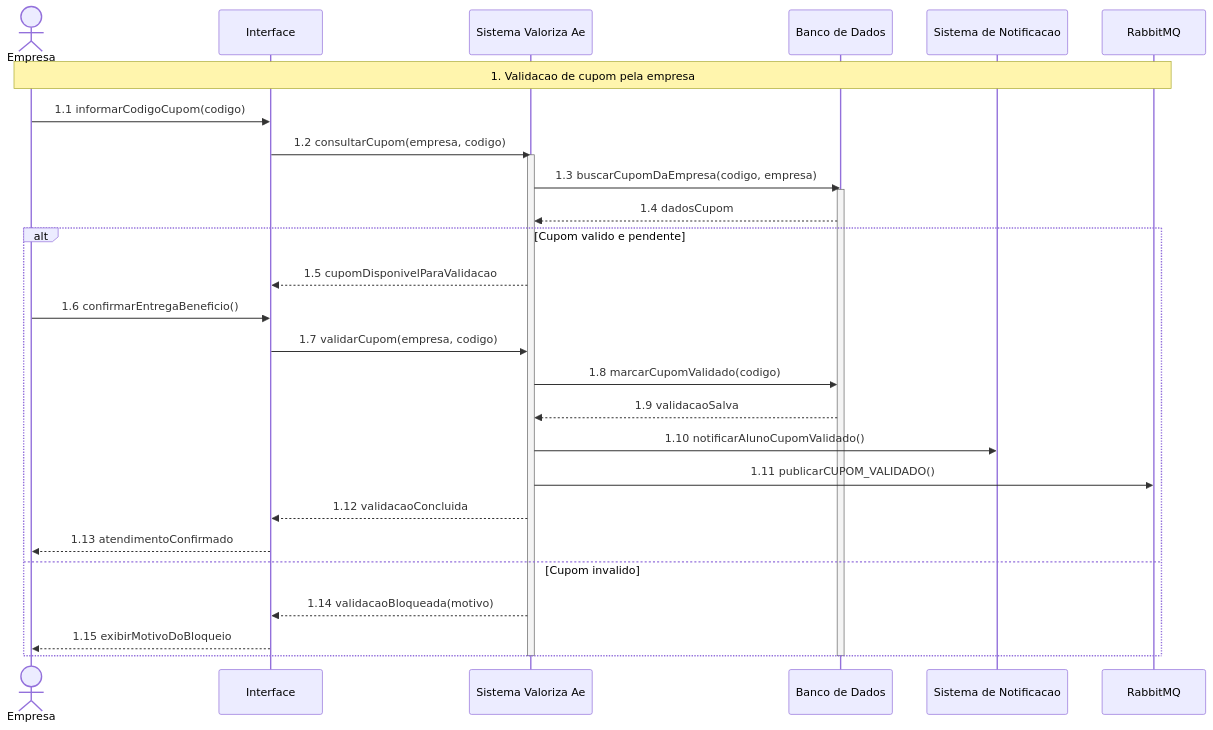
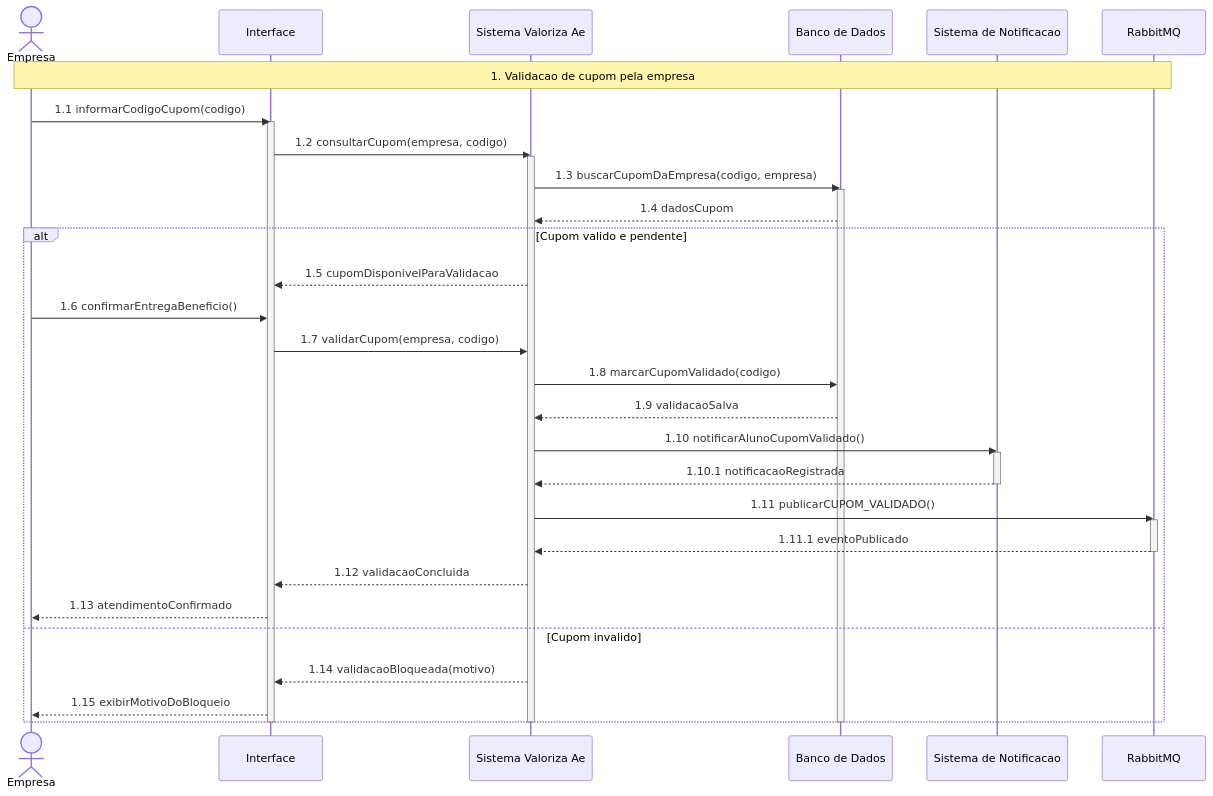
One commit to Pedroh26ES/Sistema-De-Moedas-Java changed the diagram in Artefatos/DiagramaDeSequencia/DiagramaDeSequencia-RF-09-validacao-cupom.md. Above: the diagram before and after it, drawn with Mermaid. The commit also changed 17 other files, not shown here.

````diff
--- a/Artefatos/DiagramaDeSequencia/DiagramaDeSequencia-RF-09-validacao-cupom.md
+++ b/Artefatos/DiagramaDeSequencia/DiagramaDeSequencia-RF-09-validacao-cupom.md
@@ -9,33 +9,41 @@
 ```mermaid
 sequenceDiagram
     actor Empresa
     participant Interface
     participant Sistema as Sistema Valoriza Ae
     participant DB as Banco de Dados
     participant Notificacao as Sistema de Notificacao
     participant Fila as RabbitMQ
 
     Note over Empresa,Fila: 1. Validacao de cupom pela empresa
     Empresa->>Interface: 1.1 informarCodigoCupom(codigo)
+    activate Interface
     Interface->>Sistema: 1.2 consultarCupom(empresa, codigo)
     activate Sistema
     Sistema->>DB: 1.3 buscarCupomDaEmpresa(codigo, empresa)
     activate DB
     DB-->>Sistema: 1.4 dadosCupom
     alt Cupom valido e pendente
         Sistema-->>Interface: 1.5 cupomDisponivelParaValidacao
         Empresa->>Interface: 1.6 confirmarEntregaBeneficio()
         Interface->>Sistema: 1.7 validarCupom(empresa, codigo)
         Sistema->>DB: 1.8 marcarCupomValidado(codigo)
         DB-->>Sistema: 1.9 validacaoSalva
         Sistema->>Notificacao: 1.10 notificarAlunoCupomValidado()
+        activate Notificacao
+        Notificacao-->>Sistema: 1.10.1 notificacaoRegistrada
+        deactivate Notificacao
         Sistema->>Fila: 1.11 publicarCUPOM_VALIDADO()
+        activate Fila
+        Fila-->>Sistema: 1.11.1 eventoPublicado
+        deactivate Fila
         Sistema-->>Interface: 1.12 validacaoConcluida
         Interface-->>Empresa: 1.13 atendimentoConfirmado
     else Cupom invalido
         Sistema-->>Interface: 1.14 validacaoBloqueada(motivo)
         Interface-->>Empresa: 1.15 exibirMotivoDoBloqueio
     end
     deactivate DB
     deactivate Sistema
+    deactivate Interface
 ```
````
